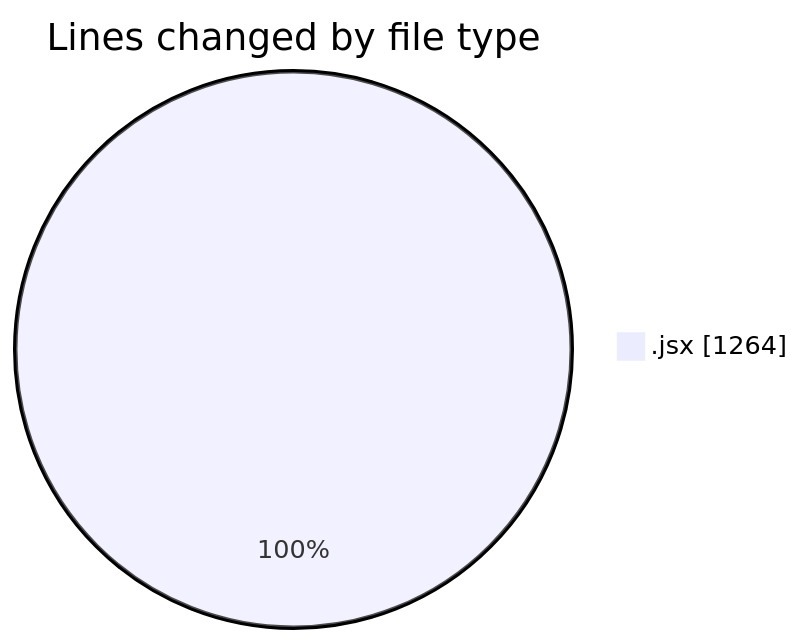
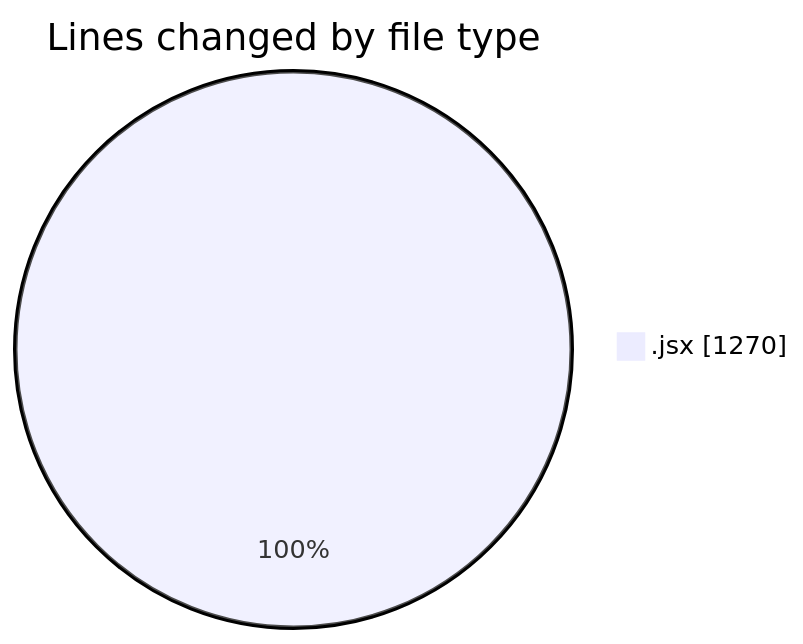
The first of 2 diagrams in 2025-05-19/nxtqube_webapp/README.md (nxtqubesakshisongat/code-tracking), drawn with Mermaid before and after one commit. The commit also changed other lines of this file and 1 other file, not shown here.

````diff
--- a/2025-05-19/nxtqube_webapp/README.md
+++ b/2025-05-19/nxtqube_webapp/README.md
@@ -22,5 +22,5 @@
 ```mermaid
 pie showData
 title Lines changed by file type
-".jsx" : 1264
+".jsx" : 1270
 ```
````
